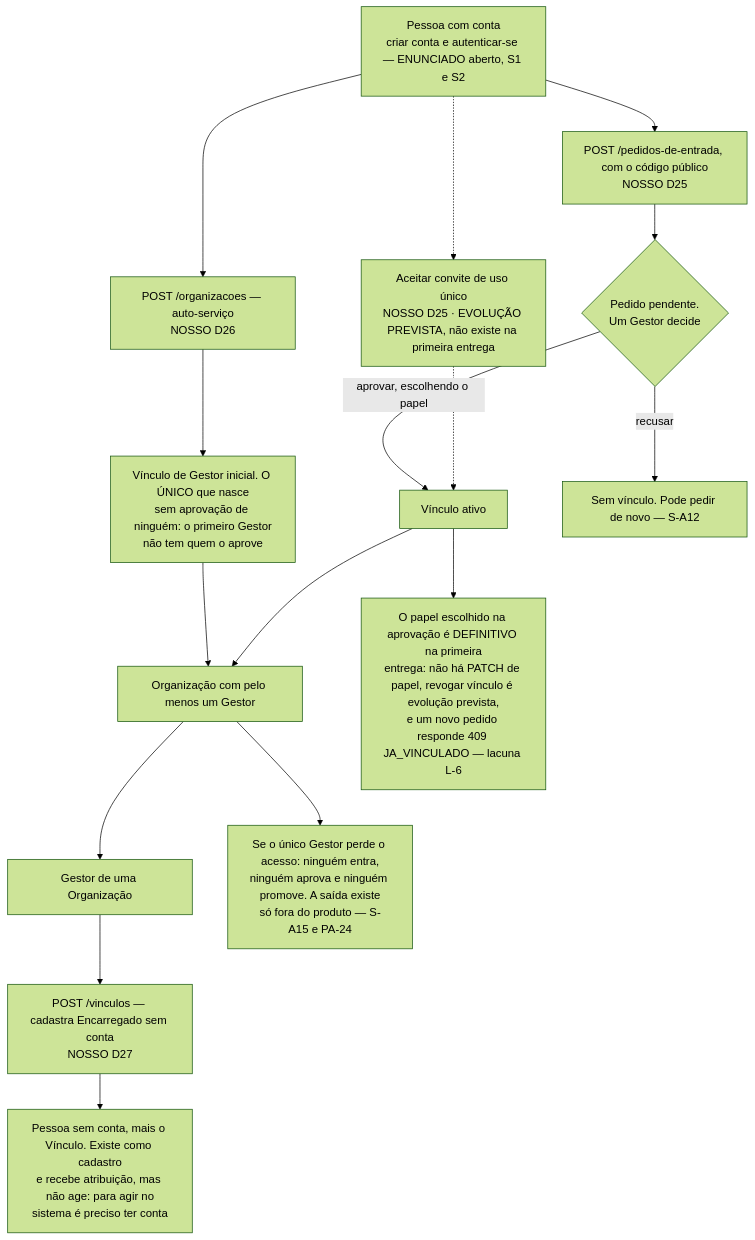
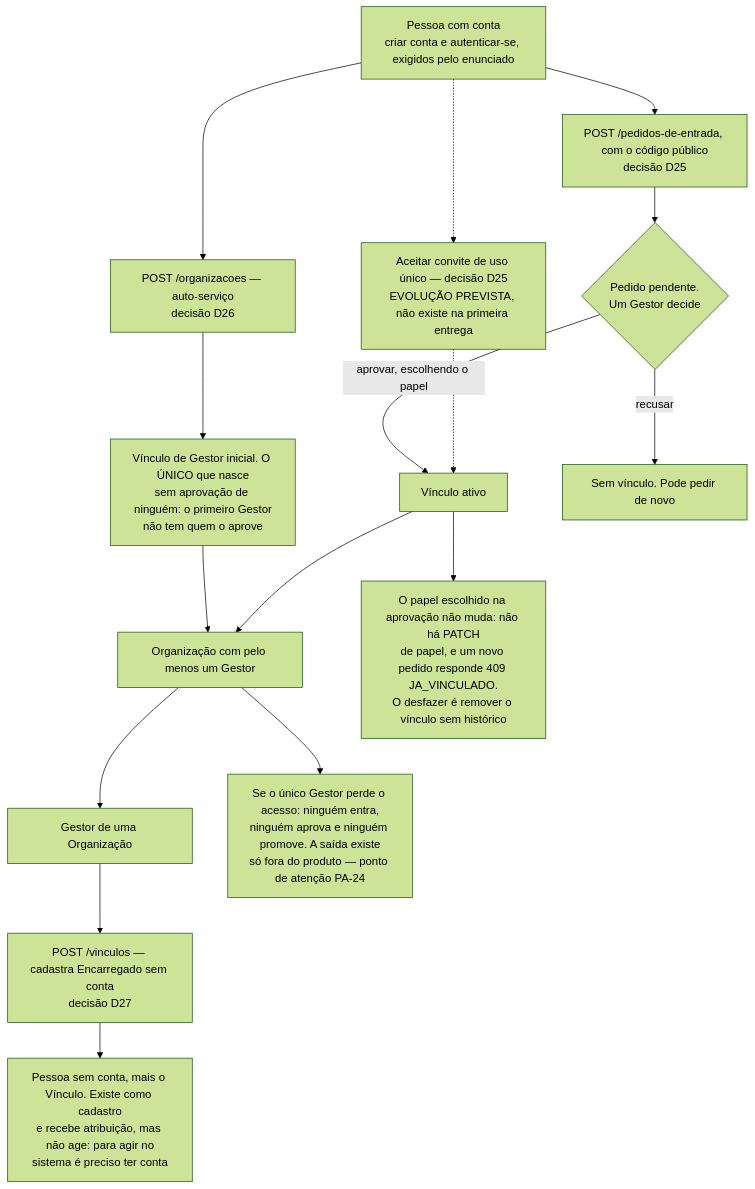
One commit to natanjunior/8FSDT-Hackathon changed the third of 4 diagrams in docs/fluxos-e-diagramas.md. Above: the diagram before and after it, drawn with Mermaid (forest theme). The commit also changed other lines of this file and 2 other files, not shown here.

````diff
--- a/docs/fluxos-e-diagramas.md
+++ b/docs/fluxos-e-diagramas.md
@@ -268,24 +242,24 @@
 ```mermaid
 flowchart TD
-    P["Pessoa com conta<br/>criar conta e autenticar-se — ENUNCIADO aberto, S1 e S2"]
+    P["Pessoa com conta<br/>criar conta e autenticar-se, exigidos pelo enunciado"]
     G["Gestor de uma Organização"]
 
-    P --> A1["POST /organizacoes — auto-serviço<br/>NOSSO D26"]
-    P --> B1["POST /pedidos-de-entrada, com o código público<br/>NOSSO D25"]
-    P -.-> C1["Aceitar convite de uso único<br/>NOSSO D25 · EVOLUÇÃO PREVISTA, não existe na primeira entrega"]
-    G --> D1["POST /vinculos — cadastra Encarregado sem conta<br/>NOSSO D27"]
+    P --> A1["POST /organizacoes — auto-serviço<br/>decisão D26"]
+    P --> B1["POST /pedidos-de-entrada, com o código público<br/>decisão D25"]
+    P -.-> C1["Aceitar convite de uso único — decisão D25<br/>EVOLUÇÃO PREVISTA, não existe na primeira entrega"]
+    G --> D1["POST /vinculos — cadastra Encarregado sem conta<br/>decisão D27"]
 
     A1 --> V0["Vínculo de Gestor inicial. O ÚNICO que nasce<br/>sem aprovação de ninguém: o primeiro Gestor<br/>não tem quem o aprove"]
     B1 --> PEND{"Pedido pendente.<br/>Um Gestor decide"}
     PEND -->|"aprovar, escolhendo o papel"| V1["Vínculo ativo"]
-    PEND -->|"recusar"| REC["Sem vínculo. Pode pedir de novo — S-A12"]
+    PEND -->|"recusar"| REC["Sem vínculo. Pode pedir de novo"]
     C1 -.-> V1
     D1 --> V2["Pessoa sem conta, mais o Vínculo. Existe como cadastro<br/>e recebe atribuição, mas não age: para agir no<br/>sistema é preciso ter conta"]
 
     V0 --> ORG["Organização com pelo menos um Gestor"]
     V1 --> ORG
     ORG --> G
 
-    V1 --> TRAVA["O papel escolhido na aprovação é DEFINITIVO na primeira<br/>entrega: não há PATCH de papel, revogar vínculo é evolução prevista,<br/>e um novo pedido responde 409 JA_VINCULADO — lacuna L-6"]
-    ORG --> BECO["Se o único Gestor perde o acesso: ninguém entra,<br/>ninguém aprova e ninguém promove. A saída existe<br/>só fora do produto — S-A15 e PA-24"]
+    V1 --> TRAVA["O papel escolhido na aprovação não muda: não há PATCH<br/>de papel, e um novo pedido responde 409 JA_VINCULADO.<br/>O desfazer é remover o vínculo sem histórico"]
+    ORG --> BECO["Se o único Gestor perde o acesso: ninguém entra,<br/>ninguém aprova e ninguém promove. A saída existe<br/>só fora do produto — ponto de atenção PA-24"]
 ```
````
